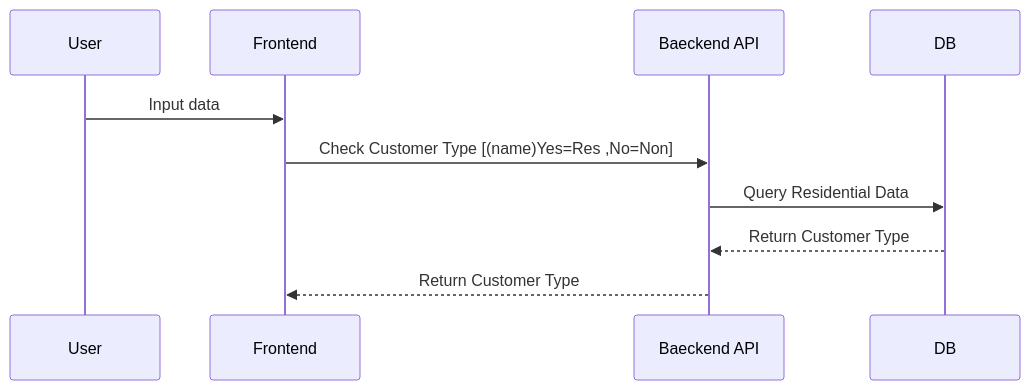
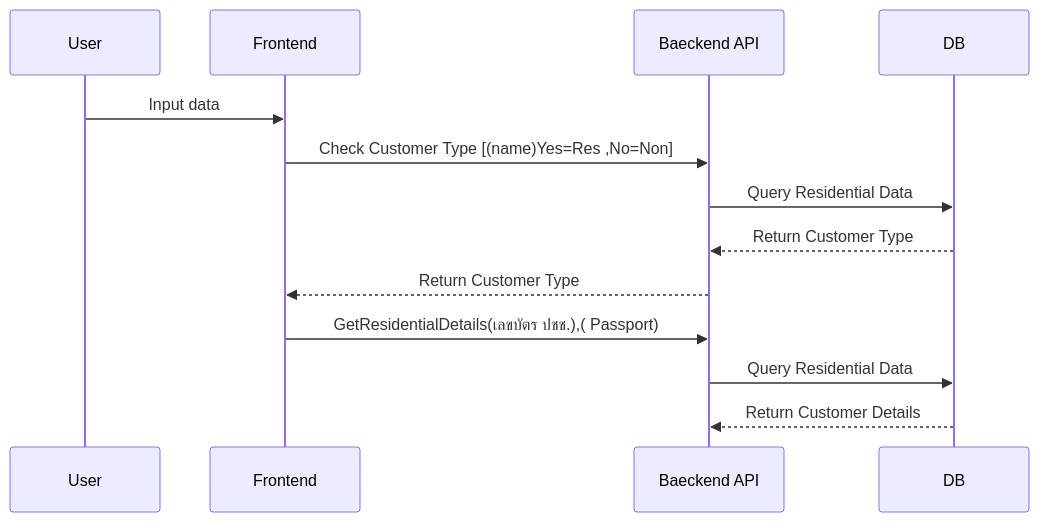
The third of 3 diagrams in README.md (nalathip112/mermaid-diagram-design), drawn with Mermaid before and after one commit.

````diff
--- a/README.md
+++ b/README.md
@@ -27,8 +27,12 @@
 ``` mermaid
 sequenceDiagram
 User->>Frontend: Input data
 Frontend->>Baeckend API: Check Customer Type [(name)Yes=Res ,No=Non]
 Baeckend API->>DB: Query Residential Data
 DB-->>Baeckend API: Return Customer Type
 Baeckend API-->>Frontend:  Return Customer Type
+
+Frontend->>Baeckend API: GetResidentialDetails(เลขบัตร ปชช.),( Passport)
+Baeckend API->>DB: Query Residential Data
+DB-->>Baeckend API: Return Customer Details
 ```
````
